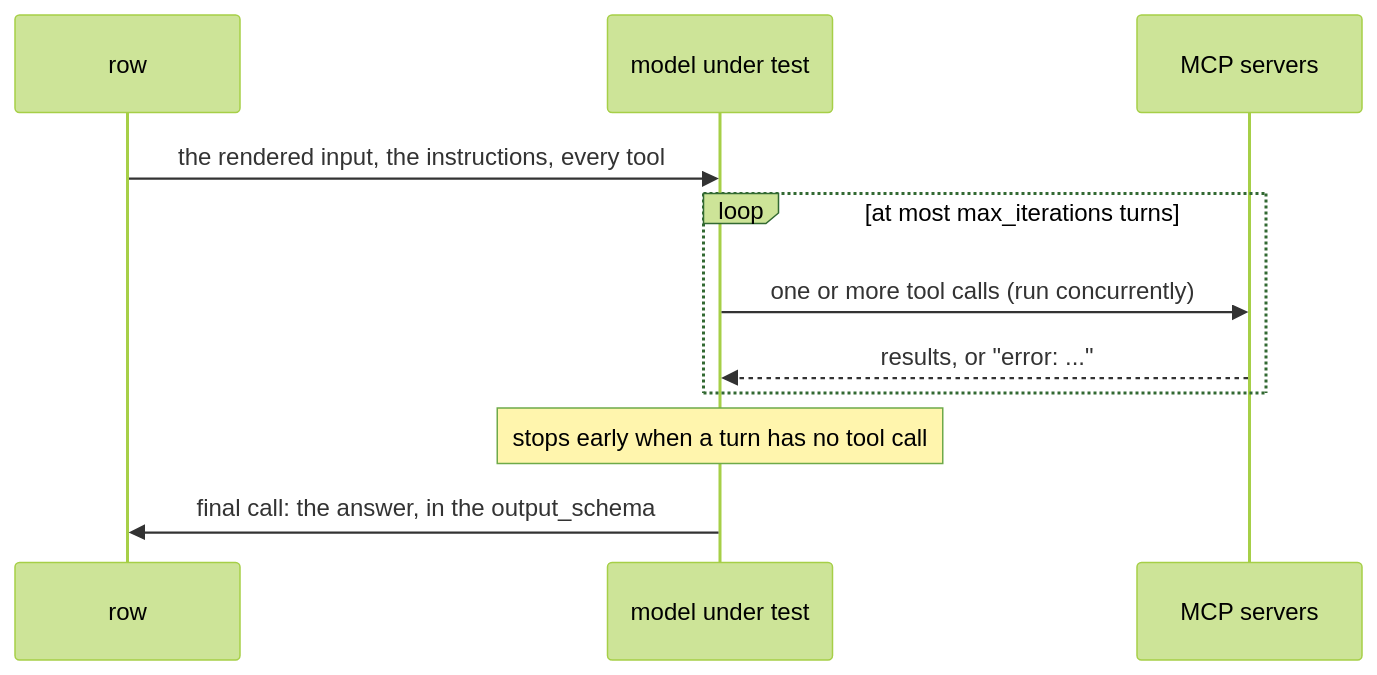
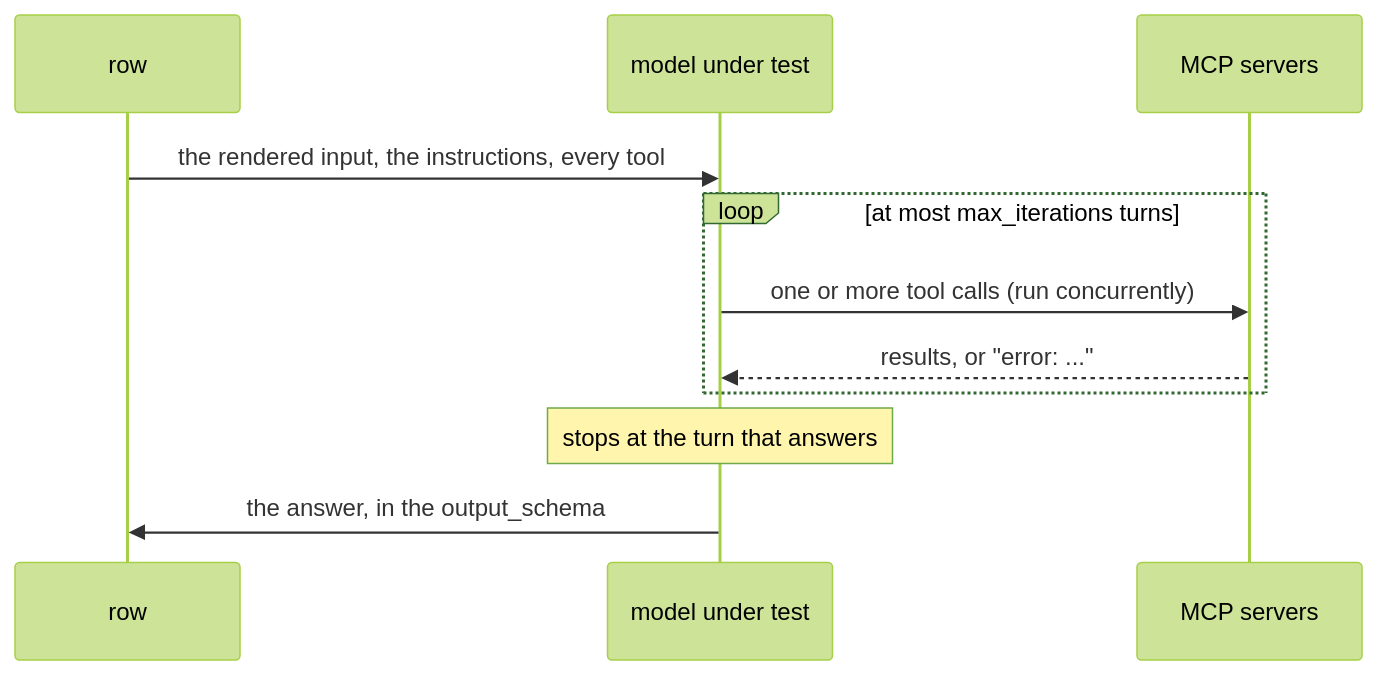
The second of 2 diagrams in docs/guides/mcp-tools.md (Atena-IT/open-arena), drawn with Mermaid (forest theme) before and after one commit. The commit also changed other lines of this file and 1 other file, not shown here.

First line of the commit message:
docs(agent): the turn that answers ends the loop; final_instructions are for turns that ran out

````diff
--- a/docs/guides/mcp-tools.md
+++ b/docs/guides/mcp-tools.md
@@ -267,13 +268,13 @@
 ```mermaid
 sequenceDiagram
   participant R as row
   participant M as model under test
   participant S as MCP servers
   R->>M: the rendered input, the instructions, every tool
   loop at most max_iterations turns
     M->>S: one or more tool calls (run concurrently)
     S-->>M: results, or "error: ..."
   end
-  Note over M: stops early when a turn has no tool call
-  M->>R: final call: the answer, in the output_schema
+  Note over M: stops at the turn that answers
+  M->>R: the answer, in the output_schema
 ```
````
